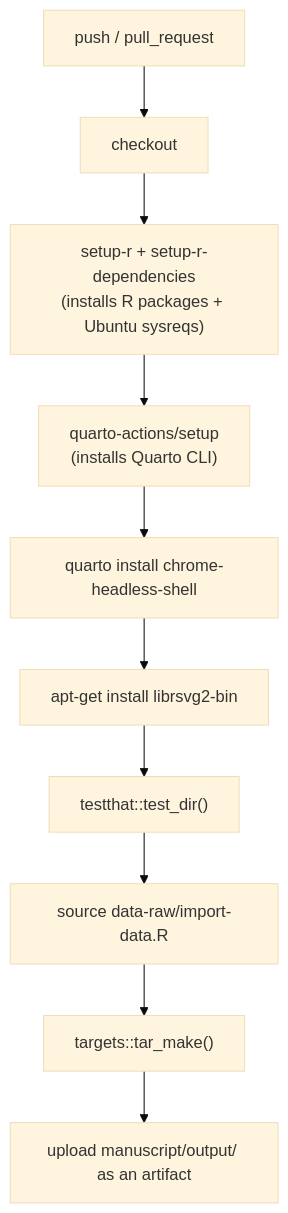
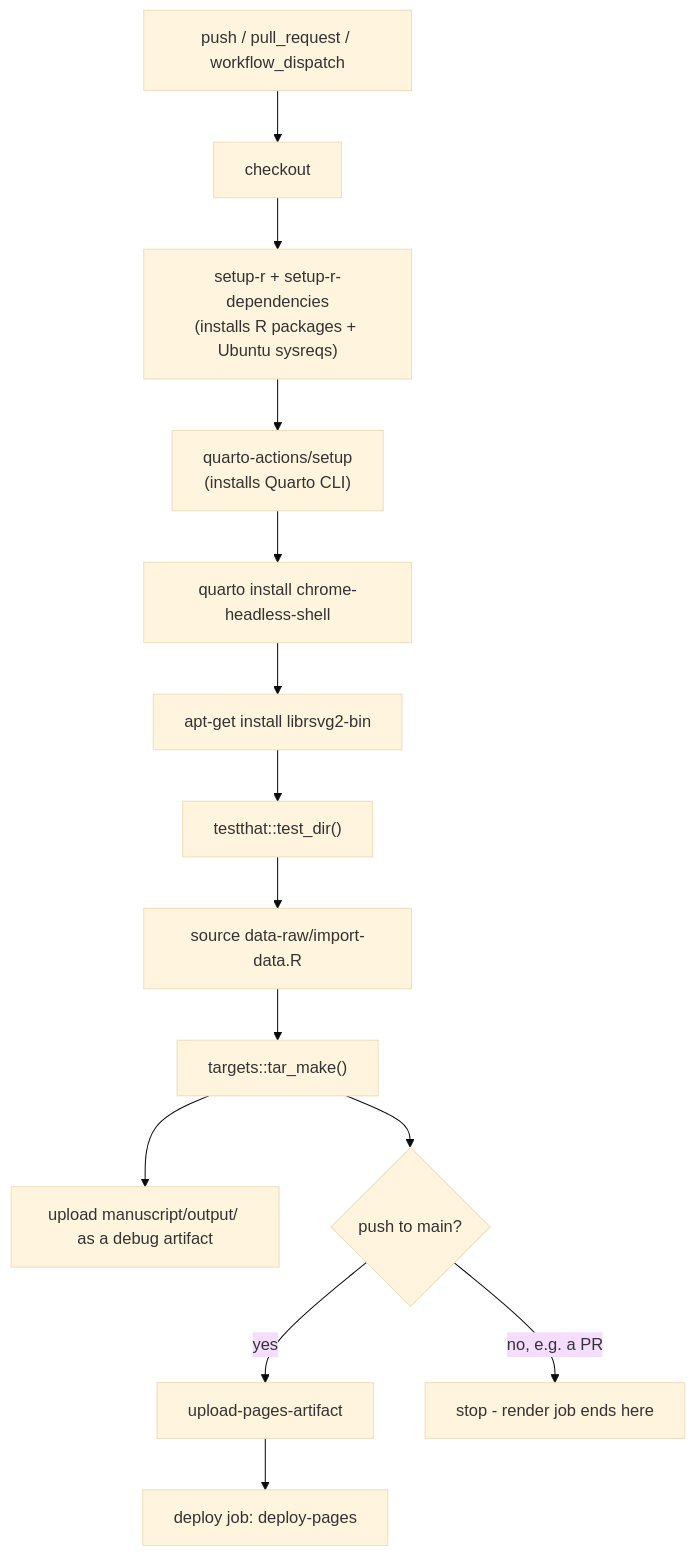
Before and after one commit to sawelch-NIVA/quarto-ms-template: the diagram in manuscript/supplementary/ci-pipeline.qmd, drawn with Mermaid (base theme). The commit also changed other lines of this file and 2 other files, not shown here.

Commit message:
Github action: deploy HTML version to GH pages

````diff
--- a/manuscript/supplementary/ci-pipeline.qmd
+++ b/manuscript/supplementary/ci-pipeline.qmd
@@ -57,14 +63,18 @@
 ```{mermaid}
 %%| label: fig-ci-flowchart
-%%| fig-cap: "One push, one clean-room rebuild of the whole pipeline"
+%%| fig-cap: "One push, one clean-room rebuild - deploy only on main"
 flowchart TD
-    A[push / pull_request] --> B["checkout"]
+    A[push / pull_request / workflow_dispatch] --> B["checkout"]
     B --> C["setup-r + setup-r-dependencies<br/>(installs R packages + Ubuntu sysreqs)"]
     C --> D["quarto-actions/setup<br/>(installs Quarto CLI)"]
     D --> E["quarto install chrome-headless-shell"]
     E --> F["apt-get install librsvg2-bin"]
     F --> G["testthat::test_dir()"]
     G --> H["source data-raw/import-data.R"]
     H --> I["targets::tar_make()"]
-    I --> J["upload manuscript/output/ as an artifact"]
+    I --> J["upload manuscript/output/ as a debug artifact"]
+    I --> K{"push to main?"}
+    K -->|yes| L["upload-pages-artifact"]
+    K -->|no, e.g. a PR| M["stop - render job ends here"]
+    L --> N["deploy job: deploy-pages"]
 ```
````
